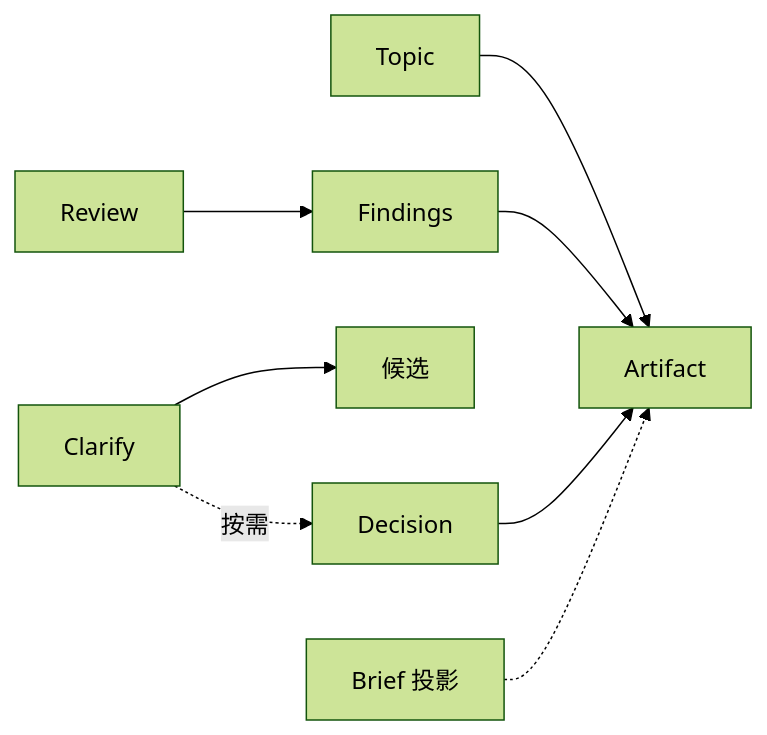
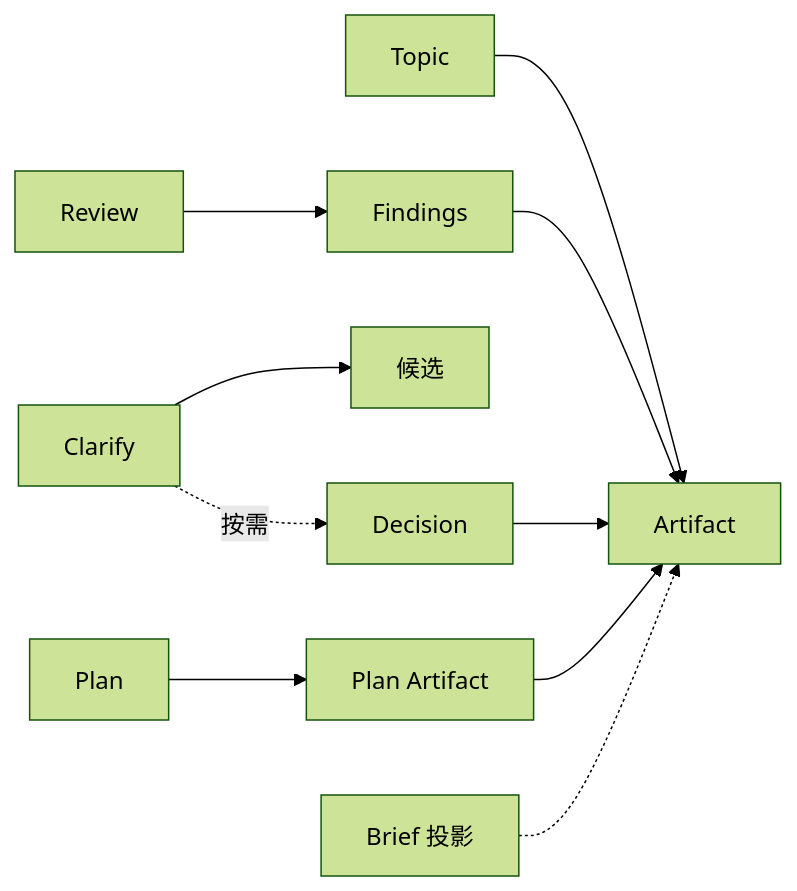
Before and after one commit to ArnoFrost/prism: the diagram in docs/architecture.md, drawn with Mermaid (forest theme). The commit also changed other lines of this file and 12 other files, not shown here.

````diff
--- a/docs/architecture.md
+++ b/docs/architecture.md
@@ -117,12 +118,14 @@
 ```mermaid
 flowchart LR
   T["Topic"] --> A["Artifact"]
   RV["Review"] --> FN["Findings"]
   CL["Clarify"] --> CD["候选"]
+  PL["Plan"] --> PA["Plan Artifact"]
   DC["Decision"]
   BR["Brief 投影"]
   FN --> A
+  PA --> A
   DC --> A
   BR -.-> A
   CL -. "按需" .-> DC
 ```
````
